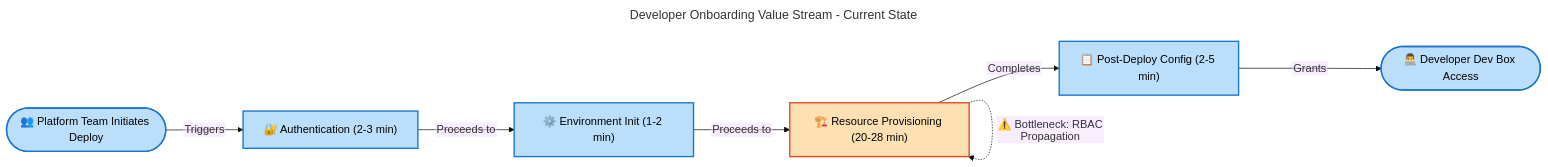
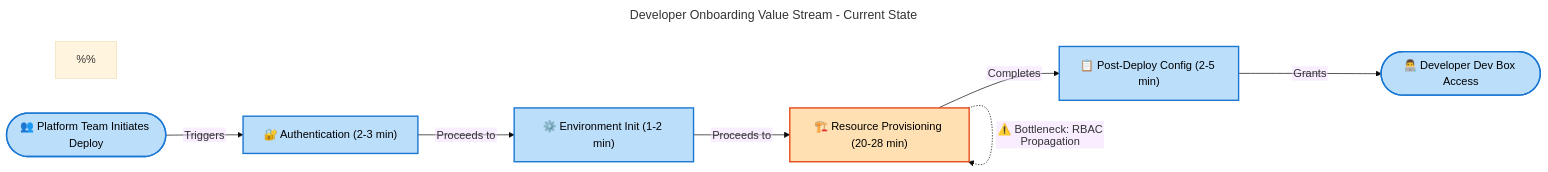
One commit to Evilazaro/DevExp-DevBox changed the fifth of 5 diagrams in docs/Business-Architecture-BDAT.md. Above: the diagram before and after it, drawn with Mermaid. The commit also changed other lines of this file, not shown here.

Commit message:
Enhance Business Architecture Document with detailed diagram structures and color rationales for improved clarity and understanding of strategic objectives and capabilities

````diff
--- a/docs/Business-Architecture-BDAT.md
+++ b/docs/Business-Architecture-BDAT.md
@@ -708,35 +748,47 @@
 ```mermaid
 ---
 title: Developer Onboarding Value Stream - Current State
 config:
   theme: base
   flowchart:
     htmlLabels: false
 ---
 flowchart LR
     accTitle: Developer Onboarding Value Stream showing process phases and durations
     accDescr: End-to-end workflow from initiation to Dev Box access with time metrics
 
+    %% DIAGRAM STRUCTURE:
+    %% - Linear left-to-right workflow (5 sequential phases)
+    %% - Orange = bottleneck phase requiring optimization
+    %% - Blue = standard process phases
+    %% - Dotted line annotation highlights performance bottleneck
+    %%
+    %% NODE ID CONVENTION:
+    %% - start/complete: Terminal events (rounded stadium)
+    %% - Other nodes: Process steps (square brackets)
+
     %% STANDARD COLOR SCHEME v2.1 - Material Design 3
     %% Semantic Colors (Functional Content - 100-level shades)
+    %% - Blue: Standard process phases
+    %% - Orange: Bottleneck/attention-required phase
     classDef mdBlue fill:#BBDEFB,stroke:#1976D2,stroke-width:2px,color:#000
     classDef mdOrange fill:#FFE0B2,stroke:#E64A19,stroke-width:2px,color:#000
 
     start([👥 Platform Team Initiates Deploy]):::mdBlue
     auth["🔐 Authentication (2-3 min)"]:::mdBlue
     init["⚙️ Environment Init (1-2 min)"]:::mdBlue
     provision["🏗️ Resource Provisioning (20-28 min)"]:::mdOrange
     config["📋 Post-Deploy Config (2-5 min)"]:::mdBlue
     complete([👨‍💻 Developer Dev Box Access]):::mdBlue
 
     start -->|"Triggers"| auth
     auth -->|"Proceeds to"| init
     init -->|"Proceeds to"| provision
     provision -->|"Completes"| config
     config -->|"Grants"| complete
 
     %% Annotations
     provision -.->|"⚠️ Bottleneck: RBAC Propagation"| provision
 
     %% Accessibility: WCAG AA verified (4.5:1 contrast ratio)
 ```
````
